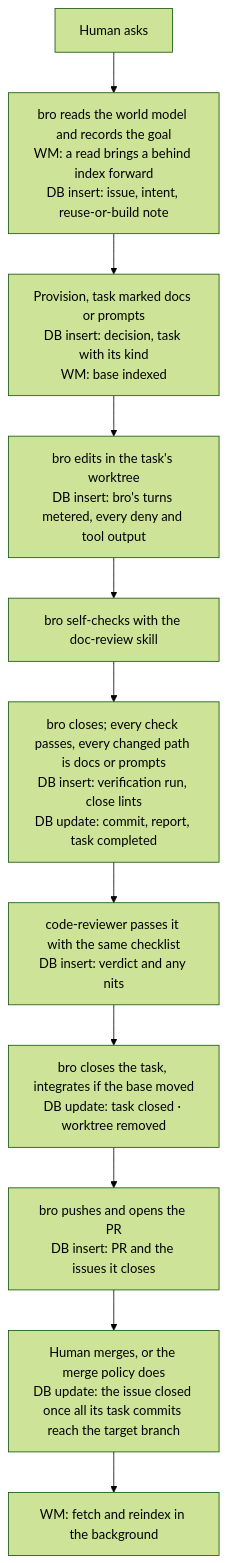
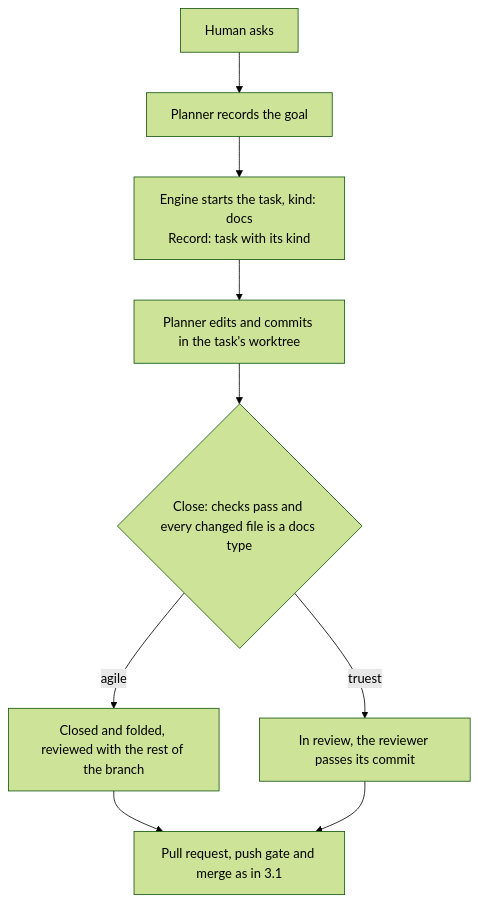
One commit to trustmybot/tmb changed the third of 8 diagrams in docs/architecture/TASKS.md. Above: the diagram before and after it, drawn with Mermaid (forest theme). The commit also changed other lines of this file and 38 other files, not shown here.

````diff
--- a/docs/architecture/TASKS.md
+++ b/docs/architecture/TASKS.md
@@ -95,13 +103,11 @@
 ```mermaid
 flowchart TD
-    A[Human asks] --> B["bro reads the world model and records the goal<br/>WM: a read brings a behind index forward<br/>DB insert: issue, intent, reuse-or-build note"]
-    B --> C["Provision, task marked docs or prompts<br/>DB insert: decision, task with its kind<br/>WM: base indexed"]
-    C --> D["bro edits in the task's worktree<br/>DB insert: bro's turns metered, every deny and tool output"]
-    D --> E["bro self-checks with the doc-review skill"]
-    E --> F["bro closes; every check passes, every changed path is docs or prompts<br/>DB insert: verification run, close lints<br/>DB update: commit, report, task completed"]
-    F --> G["code-reviewer passes it with the same checklist<br/>DB insert: verdict and any nits"]
-    G --> H["bro closes the task, integrates if the base moved<br/>DB update: task closed · worktree removed"]
-    H --> K["bro pushes and opens the PR<br/>DB insert: PR and the issues it closes"]
-    K --> L["Human merges, or the merge policy does<br/>DB update: the issue closed once all its task commits reach the target branch"]
-    L --> M["WM: fetch and reindex in the background"]
+    A[Human asks] --> B["Planner records the goal"]
+    B --> C["Engine starts the task, kind: docs<br/>Record: task with its kind"]
+    C --> D["Planner edits and commits in the task's worktree"]
+    D --> E{"Close: checks pass and every changed file is a docs type"}
+    E -- agile --> F["Closed and folded, reviewed with the rest of the branch"]
+    E -- truest --> G["In review, the reviewer passes its commit"]
+    F --> H[Pull request, push gate and merge as in 3.1]
+    G --> H
 ```
````
